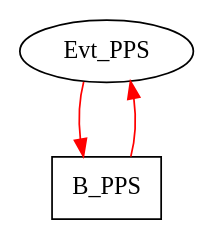
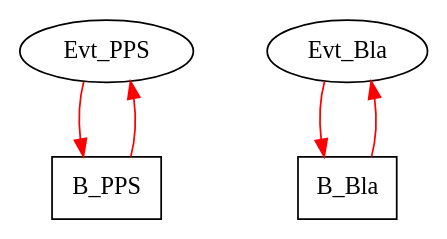
The diagram in modules/ftm/ftmx86/test.dot (GSI-CS-CO/bel_projects), drawn with Graphviz before and after one commit. The commit also changed 4 other files, not shown here.

```diff
--- a/modules/ftm/ftmx86/test.dot
+++ b/modules/ftm/ftmx86/test.dot
@@ -1,13 +1,18 @@
 digraph g {
 name="PPSv01";
 
 graph [root="Evt_PPS",  rankdir=TB, nodesep=0.6, mindist=0.6, ranksep=0.6, overlap=false]
-node  [type="TMsg",   shape="rectangle", style="filled", fillcolor="white", color="black"]
+node  [type="TMsg",   shape="rectangle", style="filled", fillcolor="white", color="black", cpu="0"]
 edge  [type="defdst", color="red"]
 
 Evt_PPS             [type="TMsg",         tOffs=          0,   id="0x0000000000000001", par="0x123", shape="oval"];
 B_PPS               [type="Block",      tPeriod=1000000000];
 
 Evt_PPS -> B_PPS  -> Evt_PPS;
 
+Evt_Bla             [type="TMsg",         tOffs=          0,   id="0x0000000000000001", par="0x123", shape="oval", cpu="1"];
+B_Bla               [type="Block",      tPeriod=1000000000, cpu="1"];
+
+Evt_Bla -> B_Bla  -> Evt_Bla;
+
 }
```
